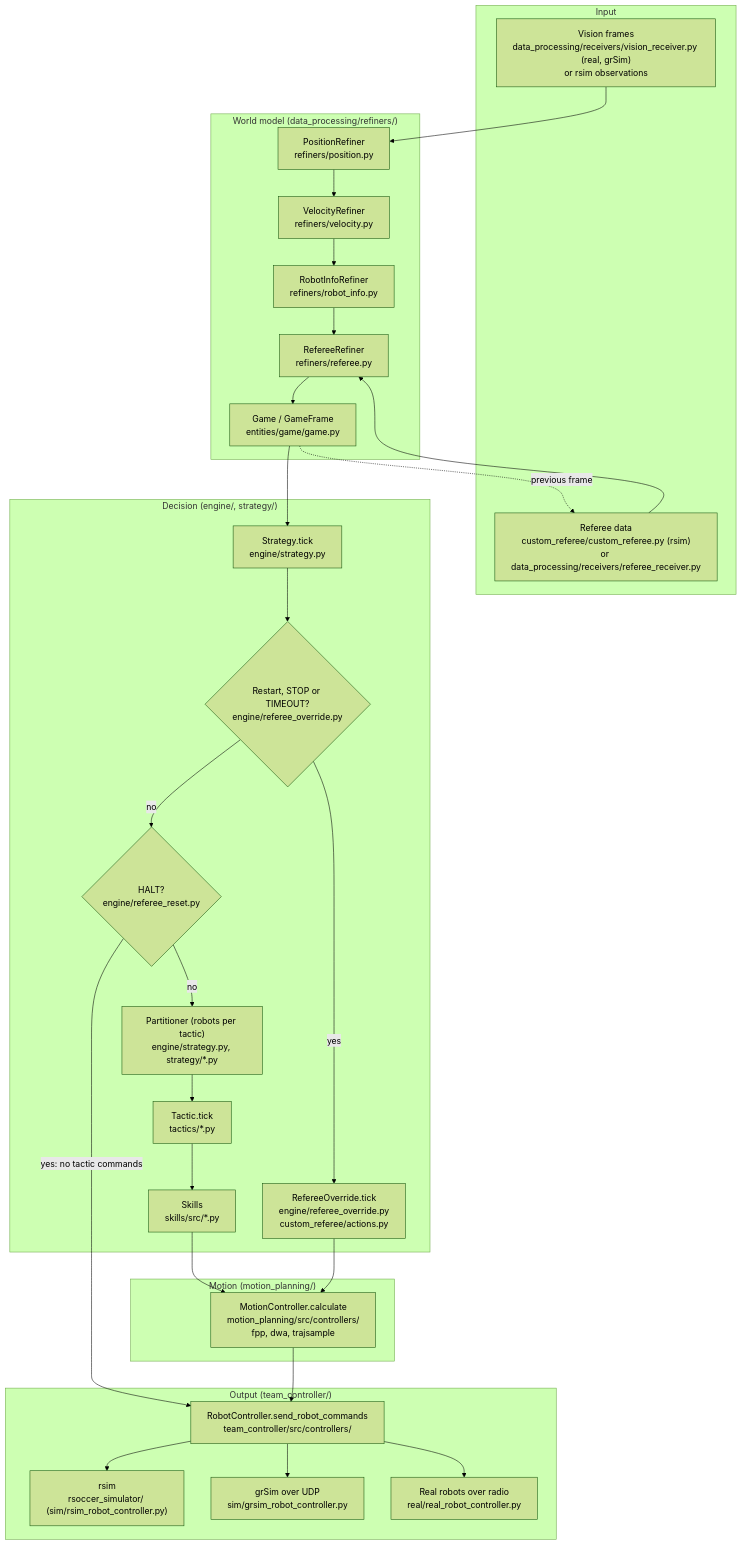
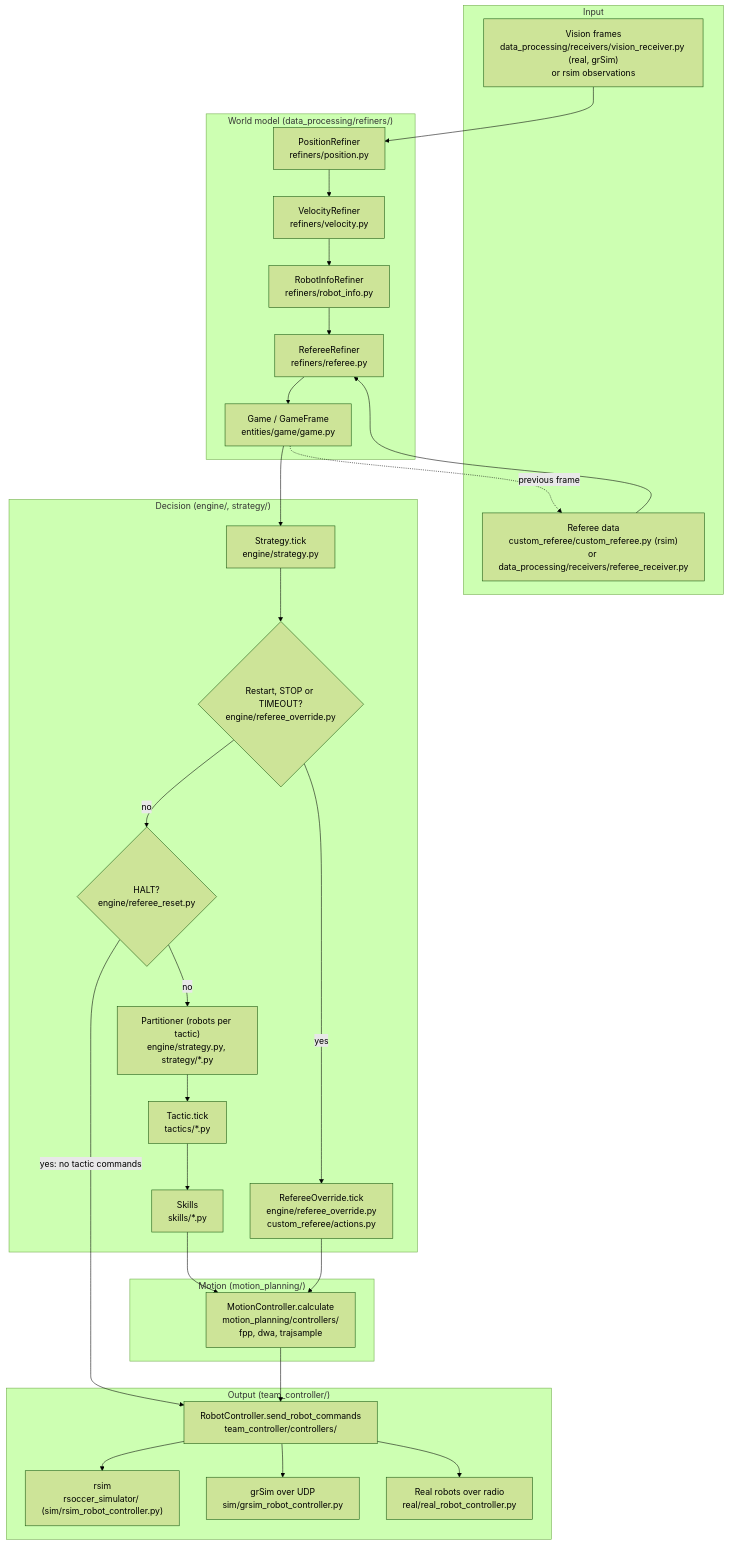
The first of 2 diagrams in docs/architecture.md (First-Order-RoboCup-SSL/Utama-Core), drawn with Mermaid (forest theme) before and after one commit. The commit also changed 306 other files, not shown here.

First line of the commit message:
structure: drop the src/ layer in skills, motion_planning, team_controller, rsoccer_simulator

````diff
--- a/docs/architecture.md
+++ b/docs/architecture.md
@@ -11,54 +11,54 @@
 ```mermaid
 flowchart TD
     subgraph input["Input"]
         vis["Vision frames<br/>data_processing/receivers/vision_receiver.py (real, grSim)<br/>or rsim observations"]
         refsrc["Referee data<br/>custom_referee/custom_referee.py (rsim)<br/>or data_processing/receivers/referee_receiver.py"]
     end
 
     subgraph world["World model (data_processing/refiners/)"]
         pos["PositionRefiner<br/>refiners/position.py"]
         vel["VelocityRefiner<br/>refiners/velocity.py"]
         rinfo["RobotInfoRefiner<br/>refiners/robot_info.py"]
         rref["RefereeRefiner<br/>refiners/referee.py"]
         game["Game / GameFrame<br/>entities/game/game.py"]
     end
 
     subgraph decision["Decision (engine/, strategy/)"]
         strat["Strategy.tick<br/>engine/strategy.py"]
         restart{"Restart, STOP or TIMEOUT?<br/>engine/referee_override.py"}
         halt{"HALT?<br/>engine/referee_reset.py"}
         ovr["RefereeOverride.tick<br/>engine/referee_override.py<br/>custom_referee/actions.py"]
         part["Partitioner (robots per tactic)<br/>engine/strategy.py, strategy/*.py"]
         tac["Tactic.tick<br/>tactics/*.py"]
-        skill["Skills<br/>skills/src/*.py"]
+        skill["Skills<br/>skills/*.py"]
     end
 
     subgraph motion["Motion (motion_planning/)"]
-        mc["MotionController.calculate<br/>motion_planning/src/controllers/<br/>fpp, dwa, trajsample"]
+        mc["MotionController.calculate<br/>motion_planning/controllers/<br/>fpp, dwa, trajsample"]
     end
 
     subgraph output["Output (team_controller/)"]
-        ctrl["RobotController.send_robot_commands<br/>team_controller/src/controllers/"]
+        ctrl["RobotController.send_robot_commands<br/>team_controller/controllers/"]
         rsim["rsim<br/>rsoccer_simulator/ (sim/rsim_robot_controller.py)"]
         grsim["grSim over UDP<br/>sim/grsim_robot_controller.py"]
         real["Real robots over radio<br/>real/real_robot_controller.py"]
     end
 
     vis --> pos
     pos --> vel --> rinfo --> rref
     refsrc --> rref
     rref --> game
     game --> strat
     game -. "previous frame" .-> refsrc
     strat --> restart
     restart -- "yes" --> ovr
     restart -- "no" --> halt
     halt -- "yes: no tactic commands" --> ctrl
     halt -- "no" --> part
     part --> tac --> skill --> mc
     ovr --> mc
     mc --> ctrl
     ctrl --> rsim
     ctrl --> grsim
     ctrl --> real
 ```
````
